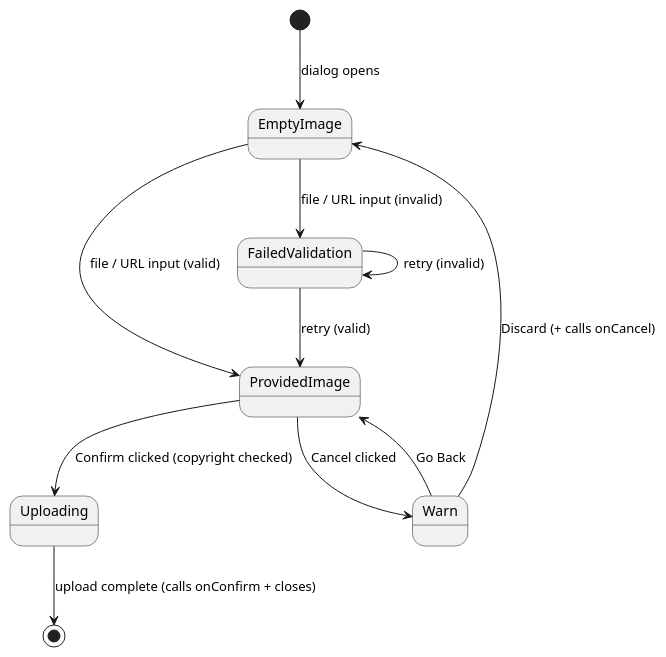
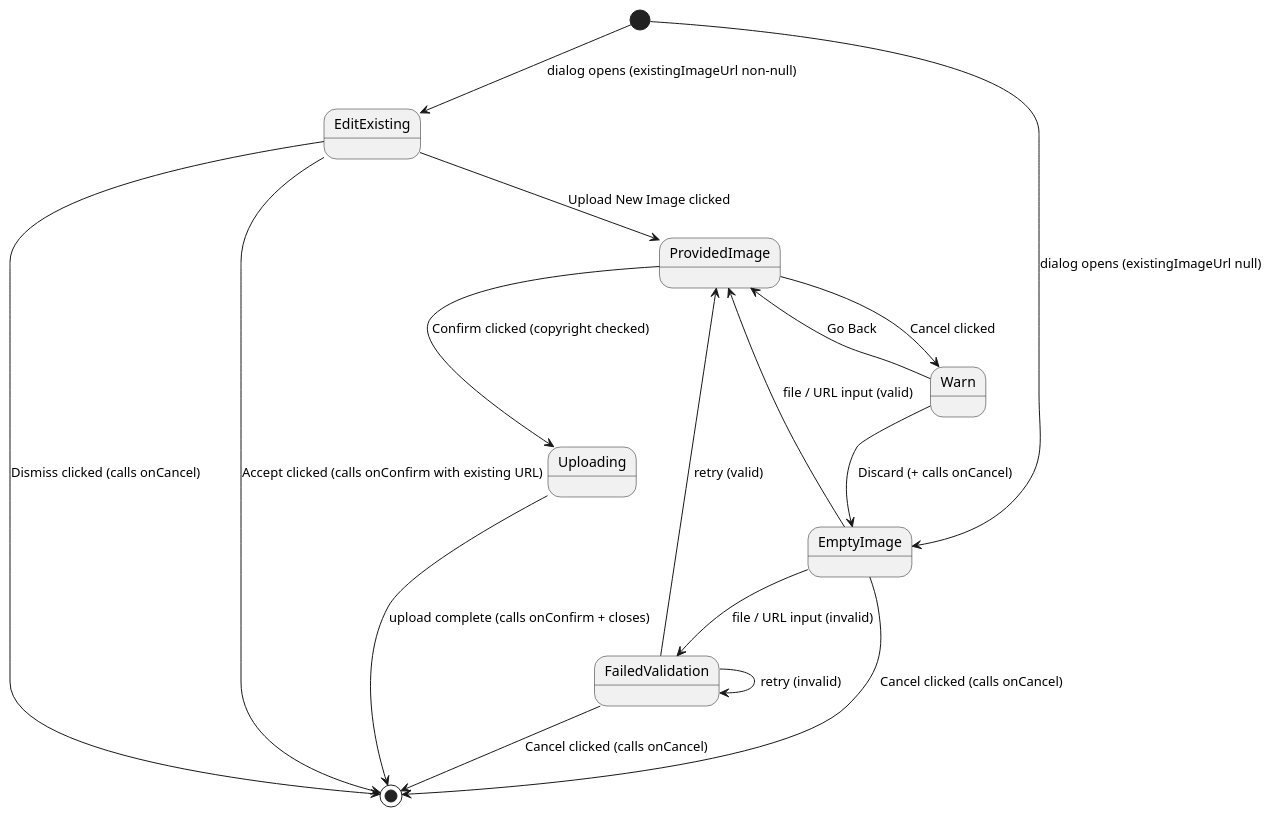
Before and after one commit to Arda-cards/ux-prototype: the diagram in src/components/canary/organisms/shared/image-upload-dialog/image-upload-dialog.mdx, drawn with PlantUML. The commit also changed other lines of this file and 10 other files, not shown here.

````diff
--- a/src/components/canary/organisms/shared/image-upload-dialog/image-upload-dialog.mdx
+++ b/src/components/canary/organisms/shared/image-upload-dialog/image-upload-dialog.mdx
@@ -22,19 +22,26 @@
 ```plantuml
 @startuml
-[*] --> EmptyImage : dialog opens
+[*] --> EditExisting : dialog opens (existingImageUrl non-null)
+[*] --> EmptyImage : dialog opens (existingImageUrl null)
+
+EditExisting --> ProvidedImage : Upload New Image clicked
+EditExisting --> [*] : Accept clicked (calls onConfirm with existing URL)
+EditExisting --> [*] : Dismiss clicked (calls onCancel)
 
 EmptyImage --> ProvidedImage : file / URL input (valid)
 EmptyImage --> FailedValidation : file / URL input (invalid)
+EmptyImage --> [*] : Cancel clicked (calls onCancel)
 
 FailedValidation --> ProvidedImage : retry (valid)
 FailedValidation --> FailedValidation : retry (invalid)
+FailedValidation --> [*] : Cancel clicked (calls onCancel)
 
 ProvidedImage --> Uploading : Confirm clicked (copyright checked)
 ProvidedImage --> Warn : Cancel clicked
 
 Warn --> ProvidedImage : Go Back
 Warn --> EmptyImage : Discard (+ calls onCancel)
 
 Uploading --> [*] : upload complete (calls onConfirm + closes)
 @enduml
 ```
````
